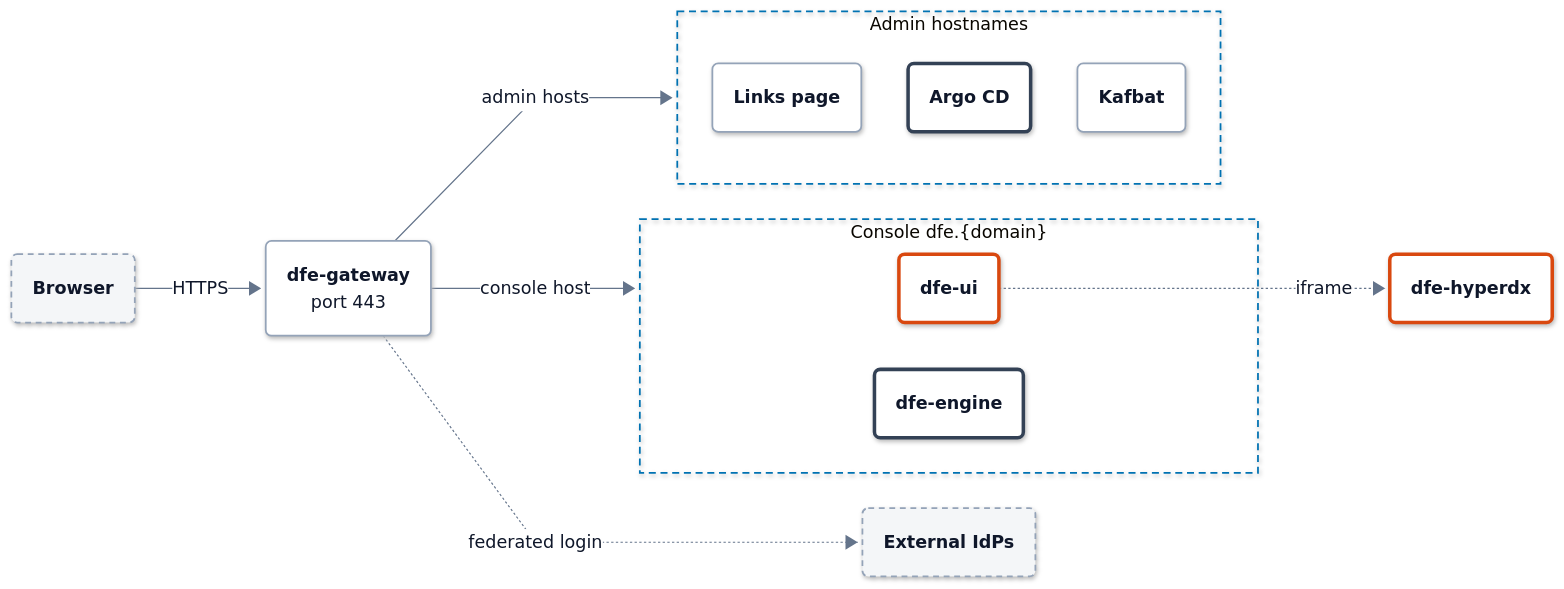
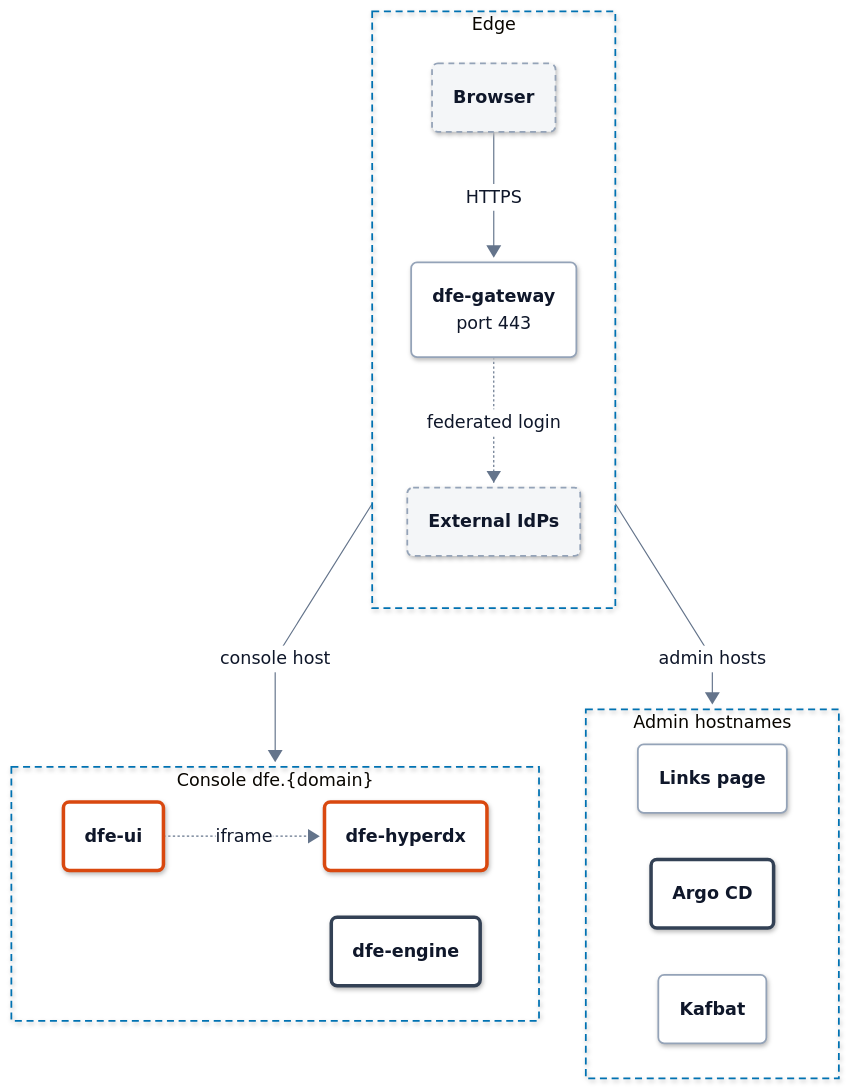
The first of 2 diagrams in docs/edge-auth.md (hyperi-io/dfe-infra), drawn with Mermaid before and after one commit. The commit also changed other lines of this file and 17 other files, not shown here.

First line of the commit message:
docs(architecture): map suite in architecture.md and fit charts to 860 px (#1152)

````diff
--- a/docs/edge-auth.md
+++ b/docs/edge-auth.md
@@ -66,33 +66,32 @@
     .ui .label-icon{color:#D9480F}
     .ext .label-icon{color:#64748B}
 ---
-flowchart LR
+flowchart TB
     accTitle: L4 Detail -- Edge exposure
-    accDescr: A browser reaches the dfe-gateway over HTTPS. The gateway routes the console hostname to dfe-ui and dfe-engine and each admin hostname to its admin UI, and sends federated logins to an external identity provider. dfe-ui embeds dfe-hyperdx in an iframe.
-
-    browser("<b>Browser</b>")
-
-    gateway("<b>dfe-gateway</b><br/><span>port 443</span>")
-
+    accDescr: A browser reaches the dfe-gateway over HTTPS, and the gateway sends federated logins to an external identity provider. The gateway routes the console hostname to dfe-ui and dfe-engine and each admin hostname to its admin UI. dfe-ui embeds dfe-hyperdx in an iframe.
+    subgraph edge["Edge"]
+        direction TB
+        browser("<b>Browser</b>")
+        gateway("<b>dfe-gateway</b><br/><span>port 443</span>")
+        idp("<b>External IdPs</b>")
+        browser -->|HTTPS| gateway
+        gateway -.->|federated login| idp
+    end
     subgraph console["Console dfe.{domain}"]
+        direction LR
         ui("<b>dfe-ui</b>")
+        hyperdx("<b>dfe-hyperdx</b>")
         engine("<b>dfe-engine</b>")
+        ui -.->|iframe| hyperdx
     end
     subgraph admin["Admin hostnames"]
+        direction LR
         links("<b>Links page</b>")
         argocd("<b>Argo CD</b>")
         kafbat("<b>Kafbat</b>")
     end
-    idp("<b>External IdPs</b>")
-
-    hyperdx("<b>dfe-hyperdx</b>")
-
-    browser -->|HTTPS| gateway
-    gateway -->|console host| console
-    gateway -->|admin hosts| admin
-    gateway -.->|federated login| idp
-    ui -.->|iframe| hyperdx
-
+    edge -->|console host| console
+    edge -->|admin hosts| admin
     class browser,idp ext
     class gateway,links,kafbat part
     class ui,hyperdx ui
@@ -108,6 +107,7 @@
   classDef error fill:#FFFFFF,stroke:#C2410C,stroke-width:3px,color:#0F172A
   classDef control fill:#FFFFFF,stroke:#334155,stroke-width:3px,color:#0F172A
   classDef part fill:#FFFFFF,stroke:#94A3B8,stroke-width:1.5px,color:#0F172A
+  style edge fill:none,stroke:#0072B2,stroke-width:1.5px,stroke-dasharray:6 4
   style console fill:none,stroke:#0072B2,stroke-width:1.5px,stroke-dasharray:6 4
   style admin fill:none,stroke:#0072B2,stroke-width:1.5px,stroke-dasharray:6 4
 ```
````
